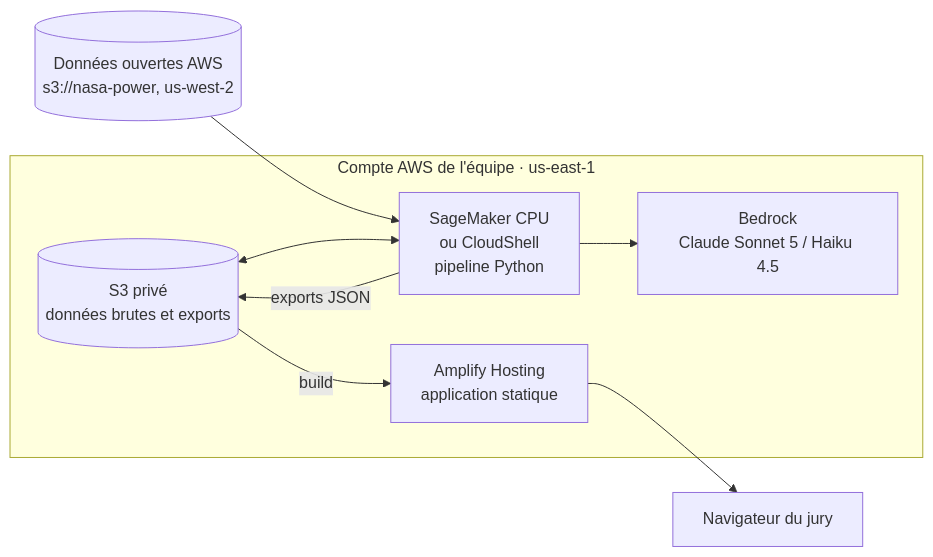
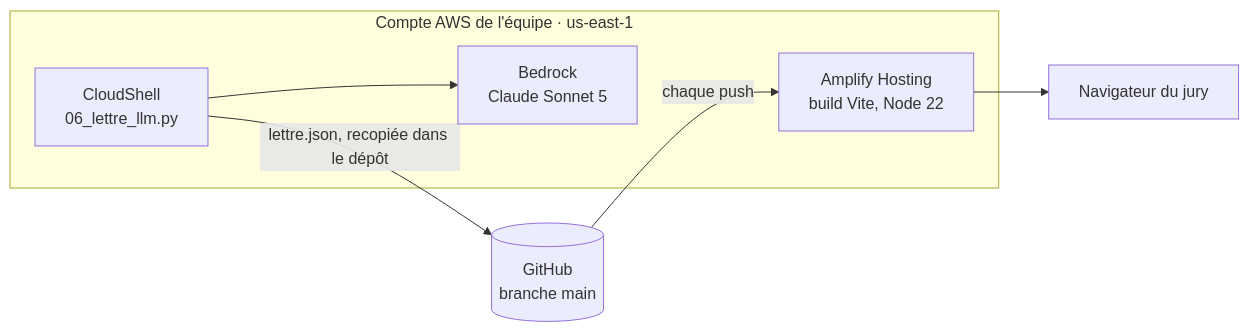
The second of 2 diagrams in docs/ARCHITECTURE.md (nassim-arifette/hackthefork-hackathon), drawn with Mermaid before and after one commit. The commit also changed other lines of this file and 32 other files, not shown here.

````diff
--- a/docs/ARCHITECTURE.md
+++ b/docs/ARCHITECTURE.md
@@ -327,15 +331,12 @@
 ```mermaid
 flowchart LR
+  GH[(GitHub<br/>branche main)] -->|chaque push| AMP
   subgraph AWS["Compte AWS de l'équipe · us-east-1"]
-    S3[(S3 privé<br/>données brutes et exports)]
-    SM[SageMaker CPU<br/>ou CloudShell<br/>pipeline Python]
-    BR[Bedrock<br/>Claude Sonnet 5 / Haiku 4.5]
-    AMP[Amplify Hosting<br/>application statique]
+    CS[CloudShell<br/>06_lettre_llm.py]
+    BR[Bedrock<br/>Claude Sonnet 5]
+    AMP[Amplify Hosting<br/>build Vite, Node 22]
   end
-  OD[(Données ouvertes AWS<br/>s3://nasa-power, us-west-2)] --> SM
-  S3 <--> SM
-  SM --> BR
-  SM -->|exports JSON| S3
-  S3 -->|build| AMP
+  CS --> BR
+  CS -->|lettre.json, recopiée dans le dépôt| GH
   AMP --> U[Navigateur du jury]
 ```
````
